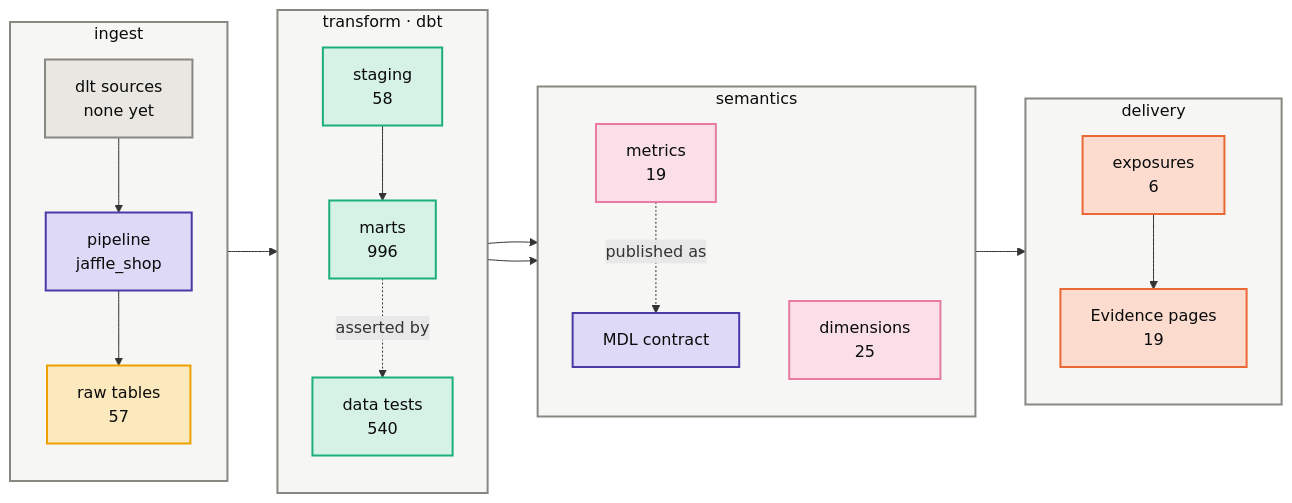
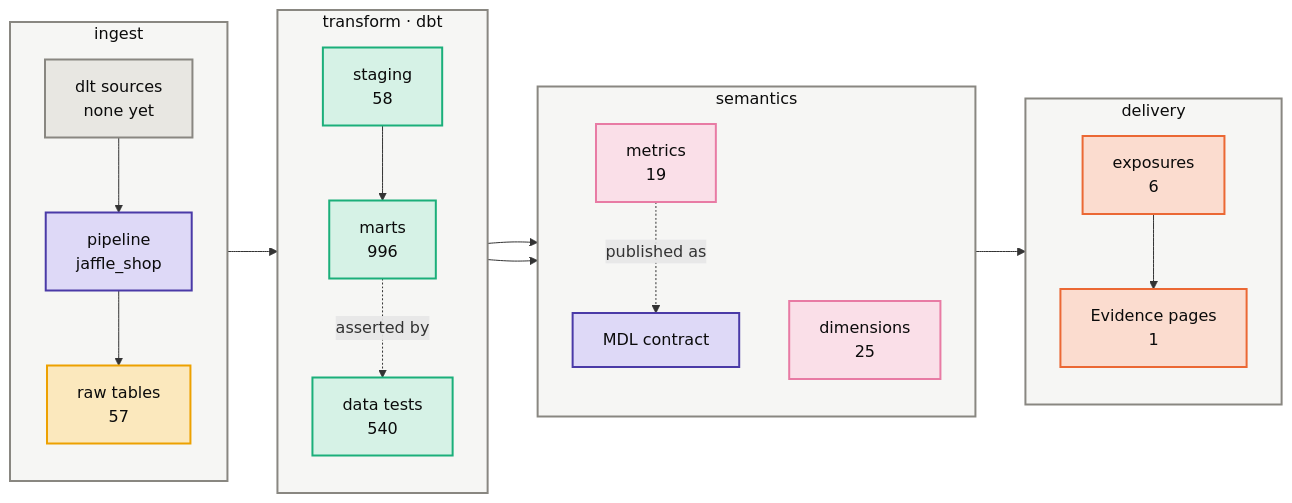
The first of 3 diagrams in groups/jaffle/projects/jaffle-shop/kg/architecture.md (Atomz-org/data-platform), drawn with Mermaid before and after one commit. The commit also changed 17 other files, not shown here.

First line of the commit message:
Rebuild the graphs and maps CI checks, for what this PR touches

````diff
--- a/groups/jaffle/projects/jaffle-shop/kg/architecture.md
+++ b/groups/jaffle/projects/jaffle-shop/kg/architecture.md
@@ -10,41 +10,41 @@
 ```mermaid
 flowchart LR
     subgraph LI["ingest"]
         direction TB
         I1["dlt sources<br/>none yet"]:::neutral
         I2["pipeline<br/>jaffle_shop"]:::platform
         I3["raw tables<br/>57"]:::raw
     end
     subgraph LT["transform · dbt"]
         direction TB
         T1["staging<br/>58"]:::model
         T2["marts<br/>996"]:::model
         T3["data tests<br/>540"]:::model
     end
     subgraph LS["semantics"]
         direction TB
         S1["metrics<br/>19"]:::metric
         S2["dimensions<br/>25"]:::metric
         S3["MDL contract"]:::platform
     end
     subgraph LD["delivery"]
         direction TB
         D1["exposures<br/>6"]:::exposure
-        D2["Evidence pages<br/>19"]:::exposure
+        D2["Evidence pages<br/>1"]:::exposure
     end
     I1 --> I2 --> I3 --> T1 --> T2
     T2 --> S1 --> D1 --> D2
     T2 --> S2
     S1 -.published as.-> S3
     T2 -.asserted by.-> T3
     classDef ingress fill:#cde2fb,stroke:#2a78d6,stroke-width:2px,color:#0b0b0b
     classDef platform fill:#ded9f7,stroke:#4a3aa7,stroke-width:2px,color:#0b0b0b
     classDef raw fill:#fbe8bd,stroke:#eda100,stroke-width:2px,color:#0b0b0b
     classDef model fill:#d6f2e6,stroke:#1baf7a,stroke-width:2px,color:#0b0b0b
     classDef metric fill:#fadfe8,stroke:#e87ba4,stroke-width:2px,color:#0b0b0b
     classDef exposure fill:#fbdccf,stroke:#eb6834,stroke-width:2px,color:#0b0b0b
     classDef neutral fill:#e8e7e2,stroke:#898781,stroke-width:2px,color:#0b0b0b
     classDef project fill:#e3eefc,stroke:#2a78d6,stroke-width:2px,color:#0b0b0b
     classDef lane fill:#f6f6f4,stroke:#898781,stroke-width:2px,color:#0b0b0b
     class LI,LT,LS,LD lane
 ```
````
